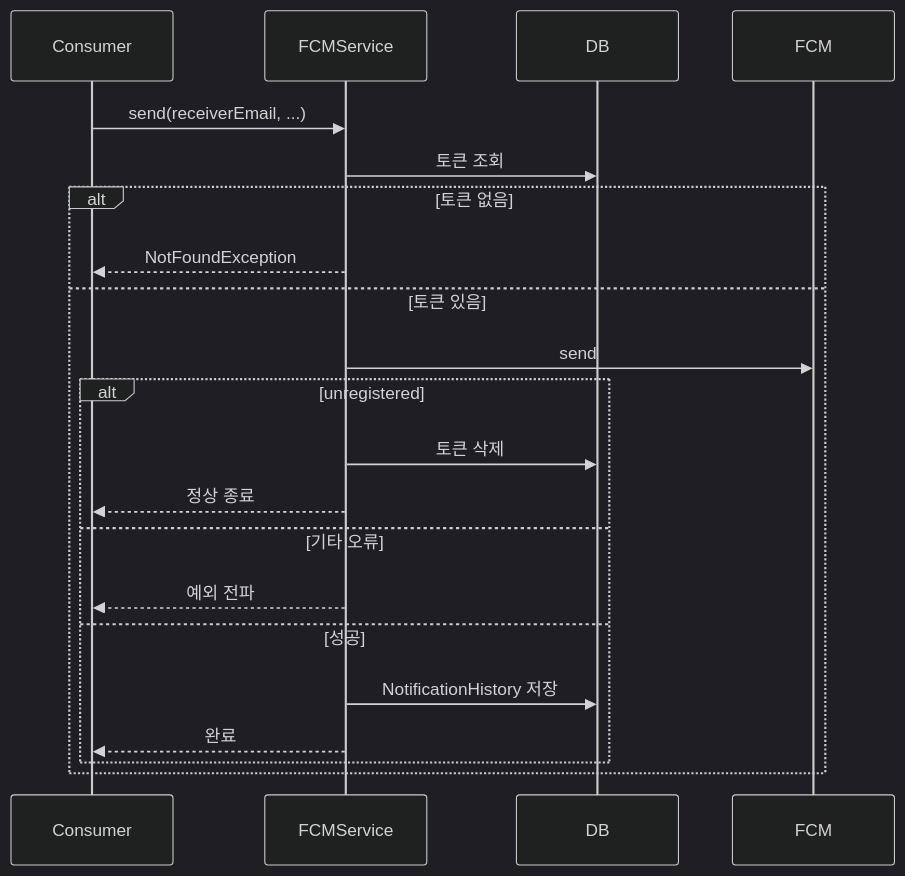
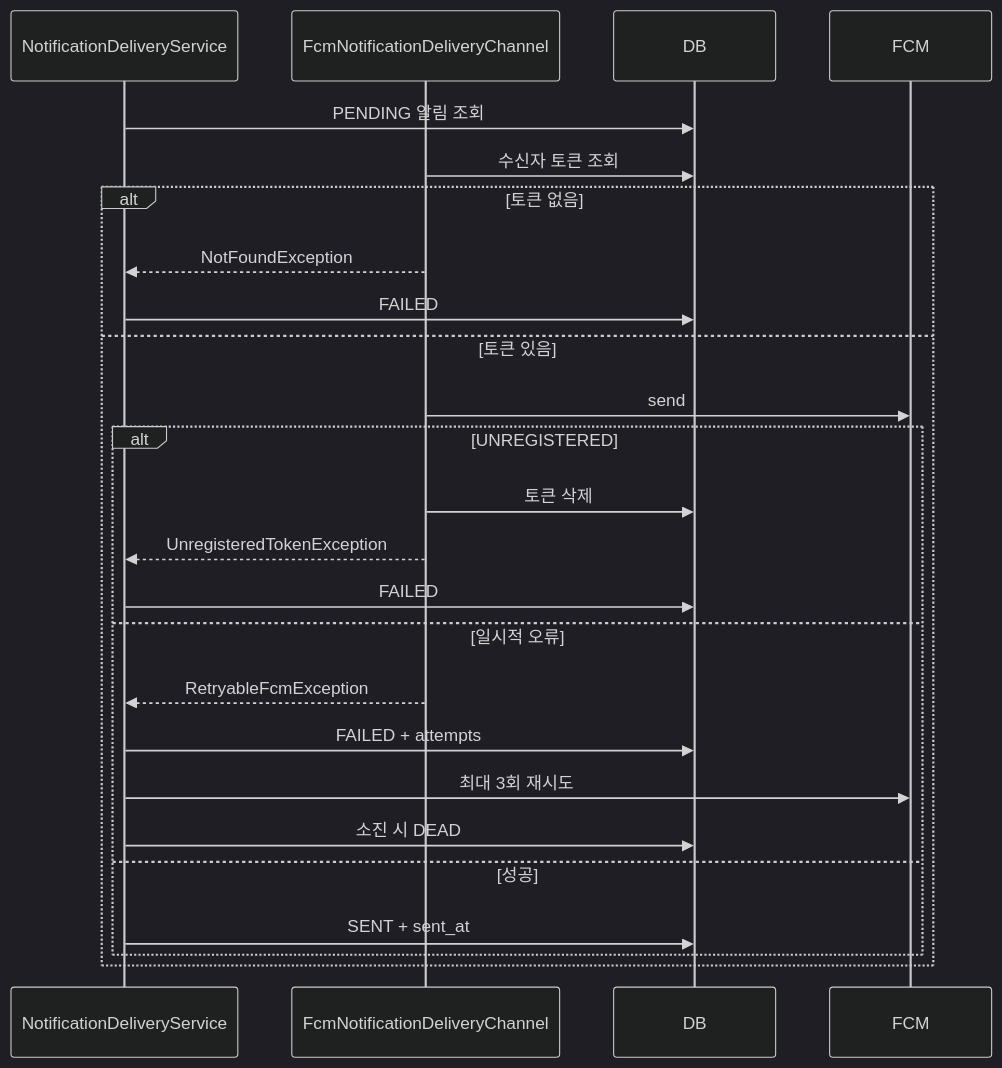
The second of 2 diagrams in docs/flows/fcm-token-failure-chain.md (ImHereOfRati/server), drawn with Mermaid (dark theme) before and after one commit. The commit also changed other lines of this file and 161 other files, not shown here.

````diff
--- a/docs/flows/fcm-token-failure-chain.md
+++ b/docs/flows/fcm-token-failure-chain.md
@@ -39,24 +34,28 @@
 ```mermaid
 sequenceDiagram
-    participant Consumer
-    participant FCMService
+    participant Delivery as NotificationDeliveryService
+    participant Channel as FcmNotificationDeliveryChannel
     participant DB
     participant FCM
 
-    Consumer->>FCMService: send(receiverEmail, ...)
-    FCMService->>DB: 토큰 조회
+    Delivery->>DB: PENDING 알림 조회
+    Channel->>DB: 수신자 토큰 조회
     alt 토큰 없음
-        FCMService-->>Consumer: NotFoundException
+        Channel-->>Delivery: NotFoundException
+        Delivery->>DB: FAILED
     else 토큰 있음
-        FCMService->>FCM: send
-        alt unregistered
-            FCMService->>DB: 토큰 삭제
-            FCMService-->>Consumer: 정상 종료
-        else 기타 오류
-            FCMService-->>Consumer: 예외 전파
+        Channel->>FCM: send
+        alt UNREGISTERED
+            Channel->>DB: 토큰 삭제
+            Channel-->>Delivery: UnregisteredTokenException
+            Delivery->>DB: FAILED
+        else 일시적 오류
+            Channel-->>Delivery: RetryableFcmException
+            Delivery->>DB: FAILED + attempts
+            Delivery->>FCM: 최대 3회 재시도
+            Delivery->>DB: 소진 시 DEAD
         else 성공
-            FCMService->>DB: NotificationHistory 저장
-            FCMService-->>Consumer: 완료
+            Delivery->>DB: SENT + sent_at
         end
     end
 ```
````
